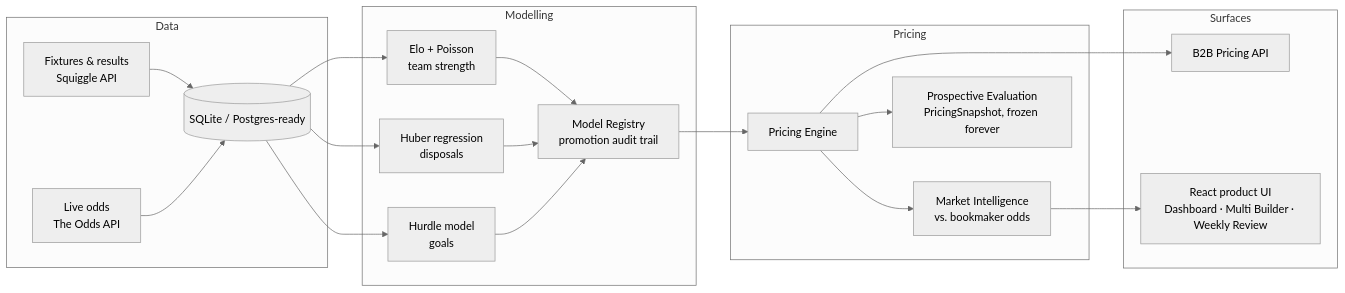
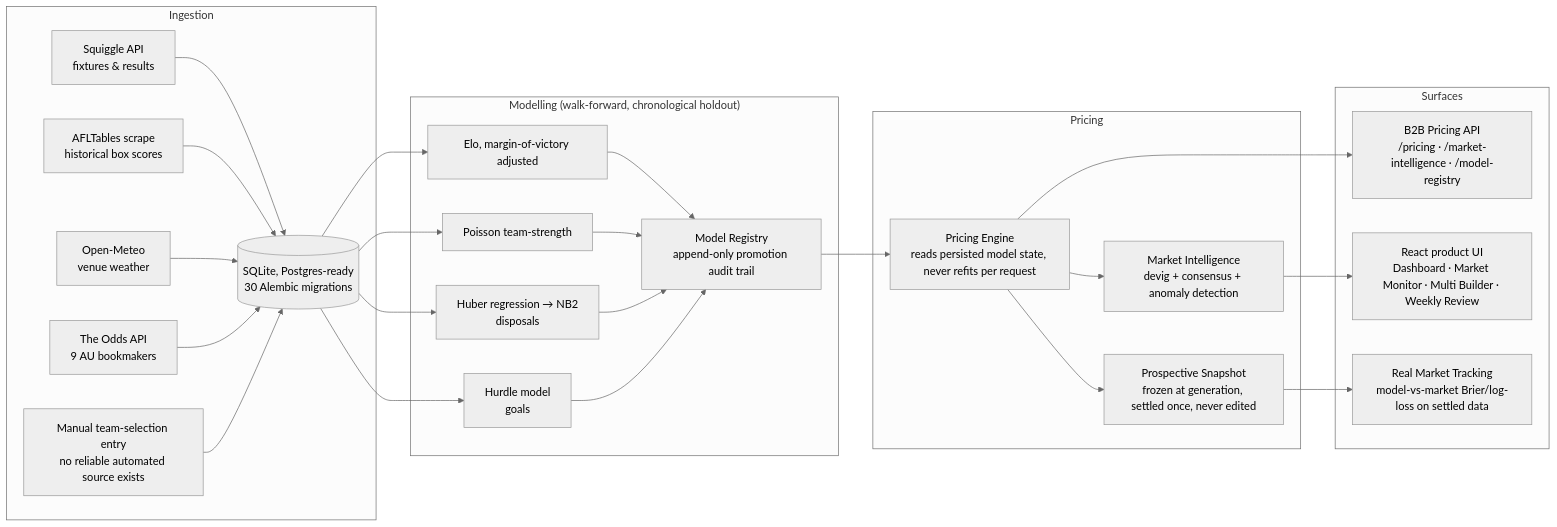
Before and after one commit to srat0029-ui/AFL: the diagram in README.md, drawn with Mermaid (neutral theme). The commit also changed other lines of this file and 7 other files, not shown here.

````diff
--- a/README.md
+++ b/README.md
@@ -28,22 +29,27 @@
 ```mermaid
 flowchart LR
-    subgraph Data
-        A[Fixtures & results<br/>Squiggle API] --> D[(SQLite / Postgres-ready)]
-        B[Live odds<br/>The Odds API] --> D
+    subgraph Ingestion
+        SQ[Squiggle API<br/>fixtures & results] --> DB[(SQLite, Postgres-ready<br/>30 Alembic migrations)]
+        AT[AFLTables scrape<br/>historical box scores] --> DB
+        OM[Open-Meteo<br/>venue weather] --> DB
+        OA[The Odds API<br/>9 AU bookmakers] --> DB
+        TS[Manual team-selection entry<br/>no reliable automated source exists] --> DB
     end
-    subgraph Modelling
-        D --> E[Elo + Poisson<br/>team strength]
-        D --> F[Huber regression<br/>disposals]
-        D --> G[Hurdle model<br/>goals]
-        E & F & G --> H[Model Registry<br/>promotion audit trail]
+    subgraph Modelling["Modelling (walk-forward, chronological holdout)"]
+        DB --> ELO[Elo, margin-of-victory adjusted]
+        DB --> POIS[Poisson team-strength]
+        DB --> HUB[Huber regression → NB2<br/>disposals]
+        DB --> HUR[Hurdle model<br/>goals]
+        ELO & POIS & HUB & HUR --> REG[Model Registry<br/>append-only promotion audit trail]
     end
     subgraph Pricing
-        H --> I[Pricing Engine]
-        I --> J[Market Intelligence<br/>vs. bookmaker odds]
-        I --> K[Prospective Evaluation<br/>PricingSnapshot, frozen forever]
+        REG --> PE[Pricing Engine<br/>reads persisted model state, never refits per request]
+        PE --> MI[Market Intelligence<br/>devig + consensus + anomaly detection]
+        PE --> SNAP[Prospective Snapshot<br/>frozen at generation, settled once, never edited]
     end
     subgraph Surfaces
-        I --> L[B2B Pricing API]
-        J --> M[React product UI<br/>Dashboard · Multi Builder · Weekly Review]
+        PE --> API[B2B Pricing API<br/>/pricing · /market-intelligence · /model-registry]
+        MI --> UI[React product UI<br/>Dashboard · Market Monitor · Multi Builder · Weekly Review]
+        SNAP --> TRACK[Real Market Tracking<br/>model-vs-market Brier/log-loss on settled data]
     end
 ```
````
